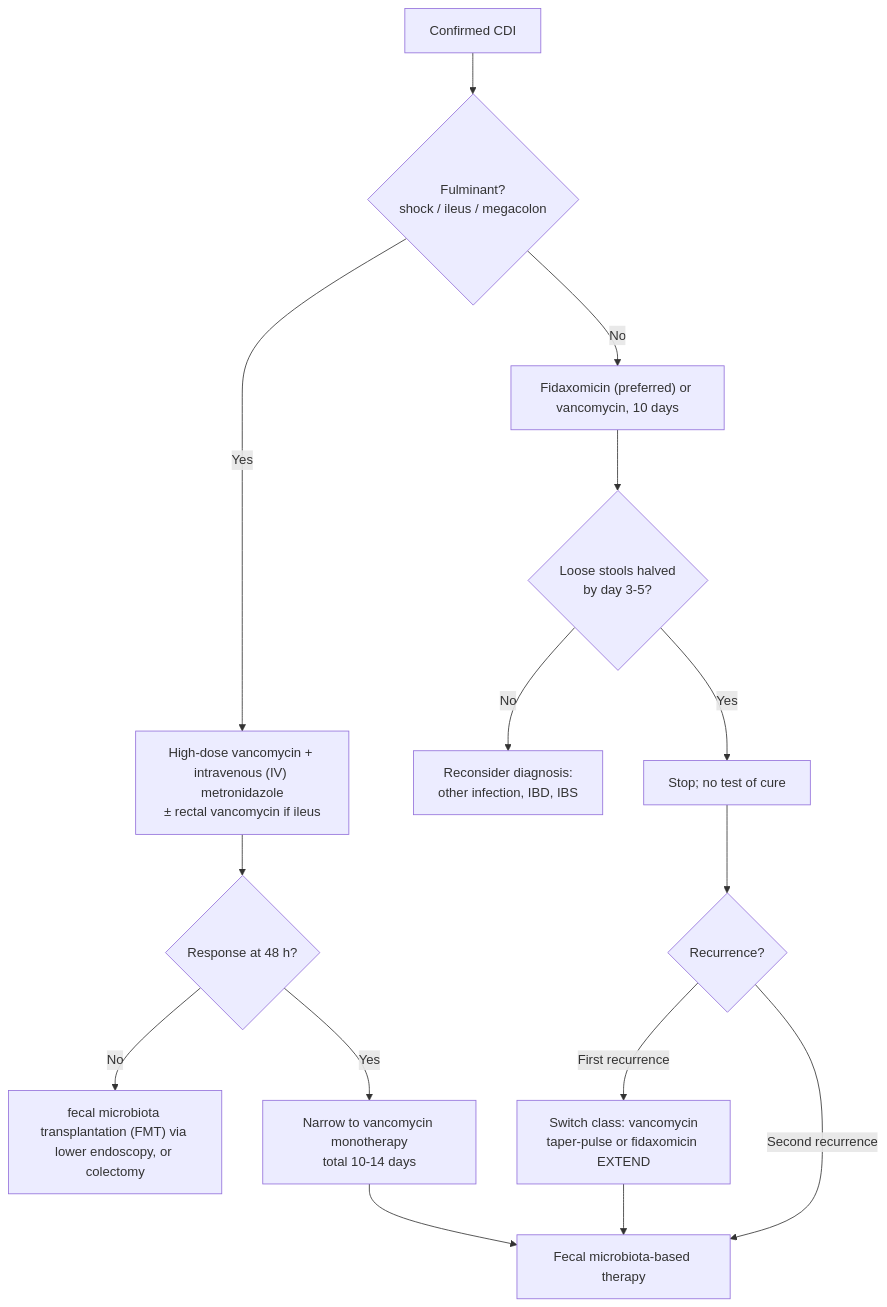
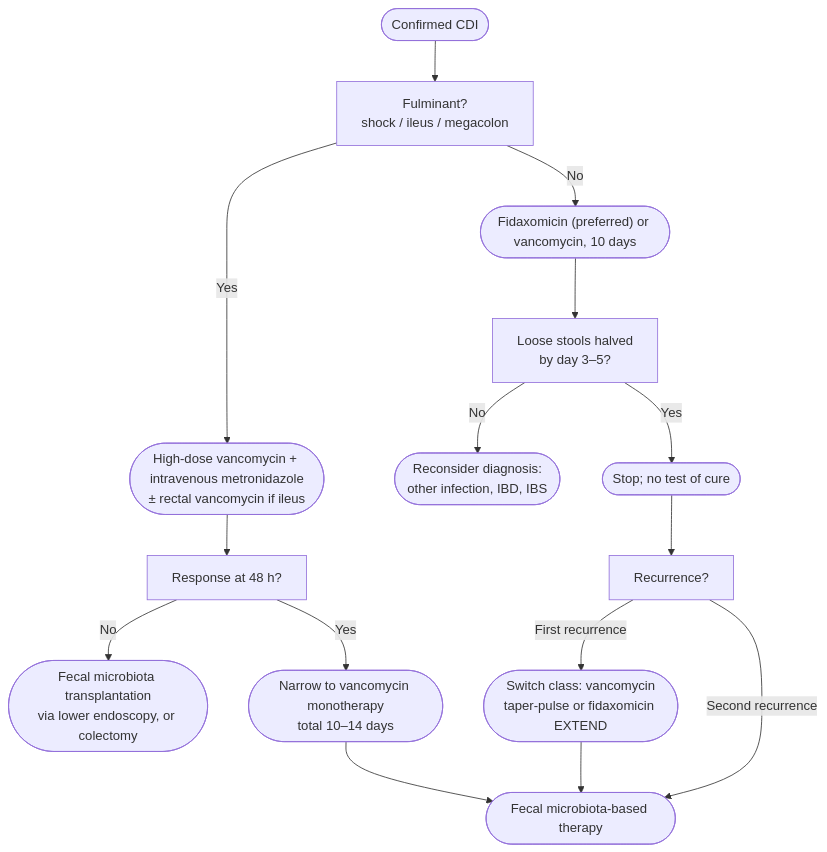
One commit to KHNickLeMD/KHNL-GI-Wiki changed the second of 2 diagrams in KHNL-GI-Wiki/wiki/1-disease-scripts/colorectal-diseases/infections/clostridioides-difficile.md. Above: the diagram before and after it, drawn with Mermaid. The commit also changed other lines of this file, not shown here.

Commit message:
C. difficile: convert management pathway flowchart to house style (role colours, 4-line caption)

````diff
--- a/KHNL-GI-Wiki/wiki/1-disease-scripts/colorectal-diseases/infections/clostridioides-difficile.md
+++ b/KHNL-GI-Wiki/wiki/1-disease-scripts/colorectal-diseases/infections/clostridioides-difficile.md
@@ -125,17 +125,21 @@
 ```mermaid
 flowchart TD
-    A["Confirmed CDI"] --> B{"Fulminant?<br/>shock / ileus / megacolon"}
-    B -->|"Yes"| C["High-dose vancomycin + intravenous (IV) metronidazole<br/>± rectal vancomycin if ileus"]
-    C --> D{"Response at 48 h?"}
-    D -->|"No"| E["fecal microbiota transplantation (FMT) via lower endoscopy, or colectomy"]
-    D -->|"Yes"| F["Narrow to vancomycin monotherapy<br/>total 10-14 days"]
-    B -->|"No"| G["Fidaxomicin (preferred) or vancomycin, 10 days"]
-    G --> H{"Loose stools halved<br/>by day 3-5?"}
-    H -->|"No"| I["Reconsider diagnosis:<br/>other infection, IBD, IBS"]
-    H -->|"Yes"| J["Stop; no test of cure"]
-    J --> K{"Recurrence?"}
-    K -->|"First recurrence"| L["Switch class: vancomycin<br/>taper-pulse or fidaxomicin EXTEND"]
-    K -->|"Second recurrence"| M["Fecal microbiota-based therapy"]
+    A(["Confirmed CDI"]) --> B["Fulminant?<br/>shock / ileus / megacolon"]
+    B -- "Yes" --> C(["High-dose vancomycin + intravenous metronidazole<br/>± rectal vancomycin if ileus"])
+    C --> D["Response at 48 h?"]
+    D -- "No" --> E(["Fecal microbiota transplantation<br/>via lower endoscopy, or colectomy"])
+    D -- "Yes" --> F(["Narrow to vancomycin monotherapy<br/>total 10–14 days"])
+    B -- "No" --> G(["Fidaxomicin (preferred) or vancomycin, 10 days"])
+    G --> H["Loose stools halved<br/>by day 3–5?"]
+    H -- "No" --> I(["Reconsider diagnosis:<br/>other infection, IBD, IBS"])
+    H -- "Yes" --> J(["Stop; no test of cure"])
+    J --> K["Recurrence?"]
+    K -- "First recurrence" --> L(["Switch class: vancomycin<br/>taper-pulse or fidaxomicin EXTEND"])
+    K -- "Second recurrence" --> M(["Fecal microbiota-based therapy"])
     L --> M
     F --> M
+    class A start
+    class B,D,H,K test
+    class C,E,F,G,L,M act
+    class I,J stop
 ```
````
